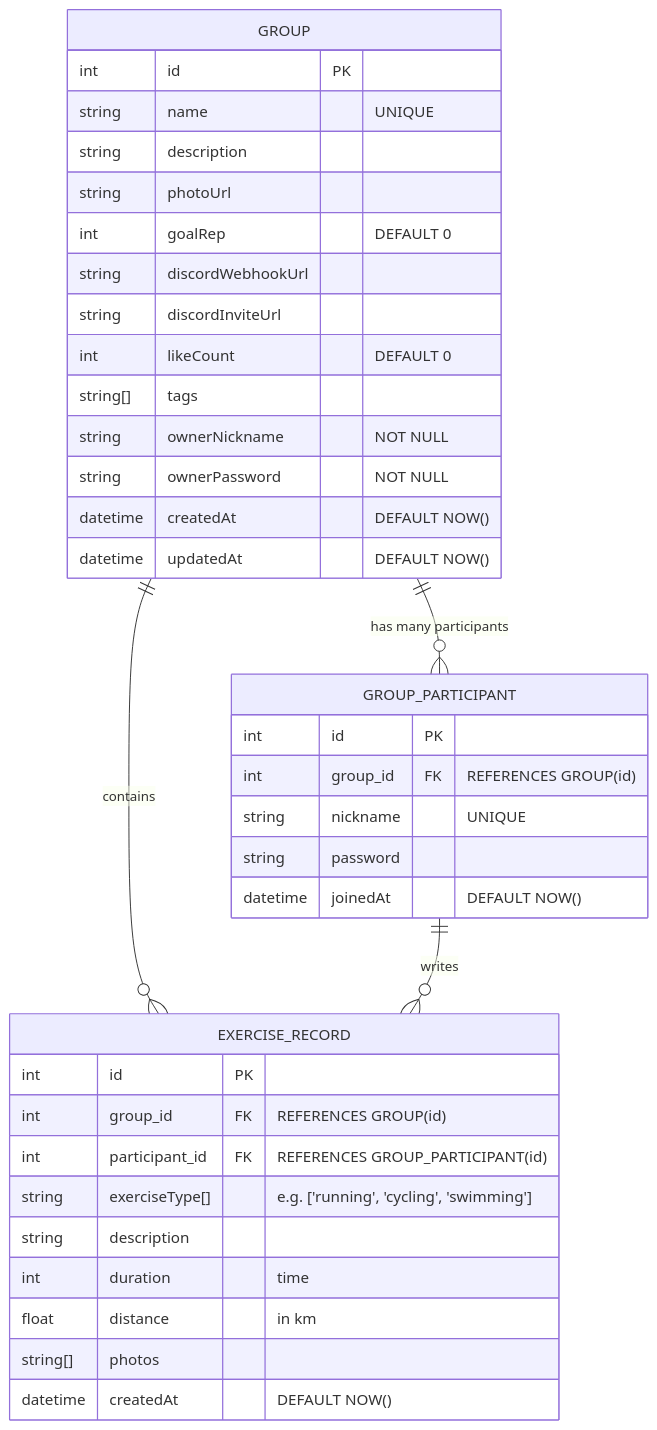
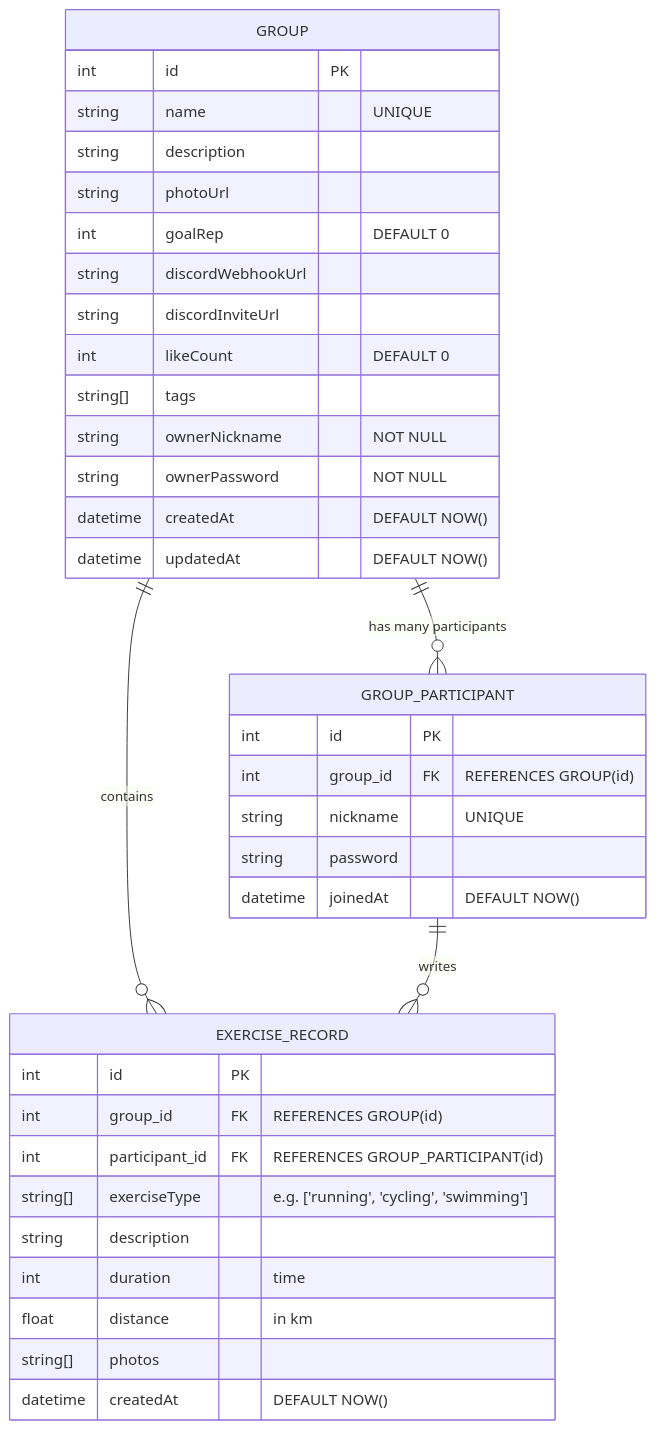
One commit to funfungun/mermaid changed the diagram in README.md. Above: the diagram before and after it, drawn with Mermaid.

````diff
--- a/README.md
+++ b/README.md
@@ -1,43 +1,43 @@
 ```mermaid
 erDiagram
     GROUP {
         int id PK
         string name "UNIQUE"
         string description
         string photoUrl
         int goalRep "DEFAULT 0"
         string discordWebhookUrl
         string discordInviteUrl
         int likeCount "DEFAULT 0"
         string[] tags
         string ownerNickname "NOT NULL"
         string ownerPassword "NOT NULL"
         datetime createdAt "DEFAULT NOW()"
         datetime updatedAt "DEFAULT NOW()"
     }
 
     GROUP_PARTICIPANT {
         int id PK
         int group_id FK "REFERENCES GROUP(id)"
         string nickname "UNIQUE"
         string password
         datetime joinedAt "DEFAULT NOW()"
     }
 
     GROUP ||--o{ GROUP_PARTICIPANT : "has many participants"
 
     EXERCISE_RECORD {
         int id PK
         int group_id FK "REFERENCES GROUP(id)"
         int participant_id FK "REFERENCES GROUP_PARTICIPANT(id)"
-        string exerciseType[] "e.g. ['running', 'cycling', 'swimming']"
+        string[] exerciseType "e.g. ['running', 'cycling', 'swimming']"
         string description
         int duration "time"
         float distance "in km"
         string[] photos
         datetime createdAt "DEFAULT NOW()"
     }
 
     GROUP ||--o{ EXERCISE_RECORD : "contains"
     GROUP_PARTICIPANT ||--o{ EXERCISE_RECORD : "writes"
 ```
````
